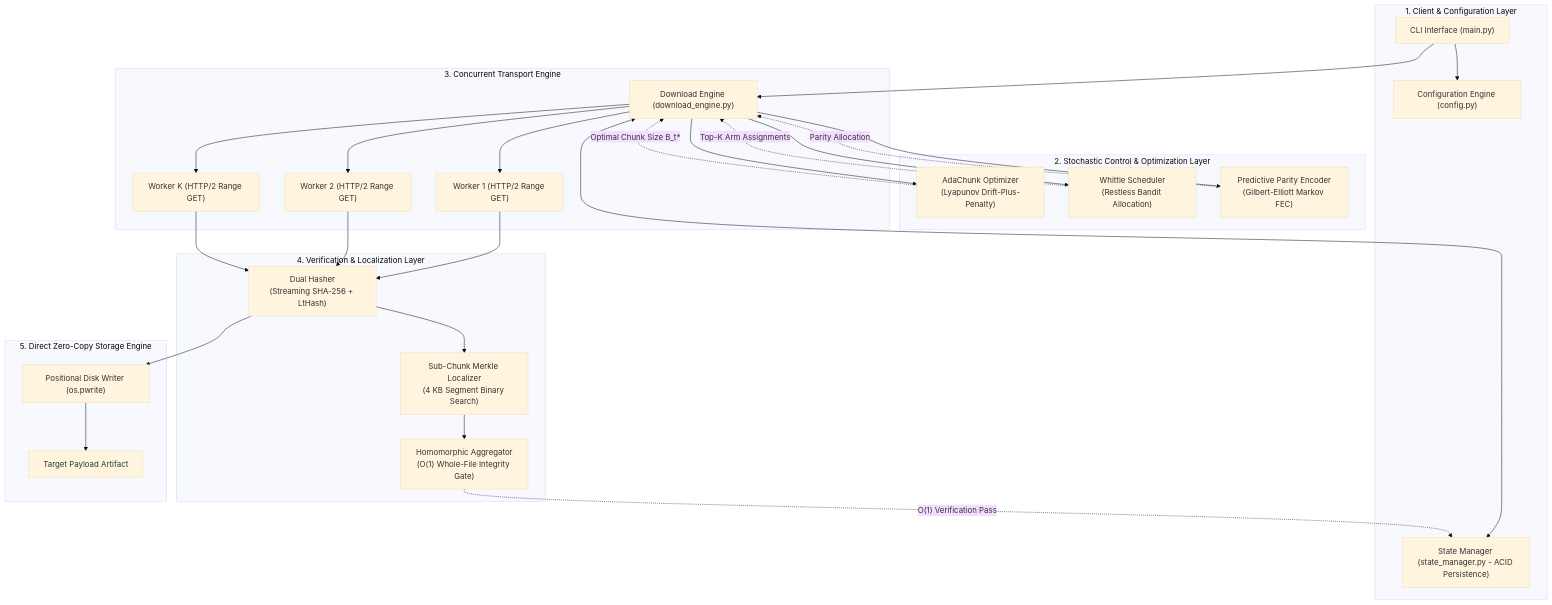
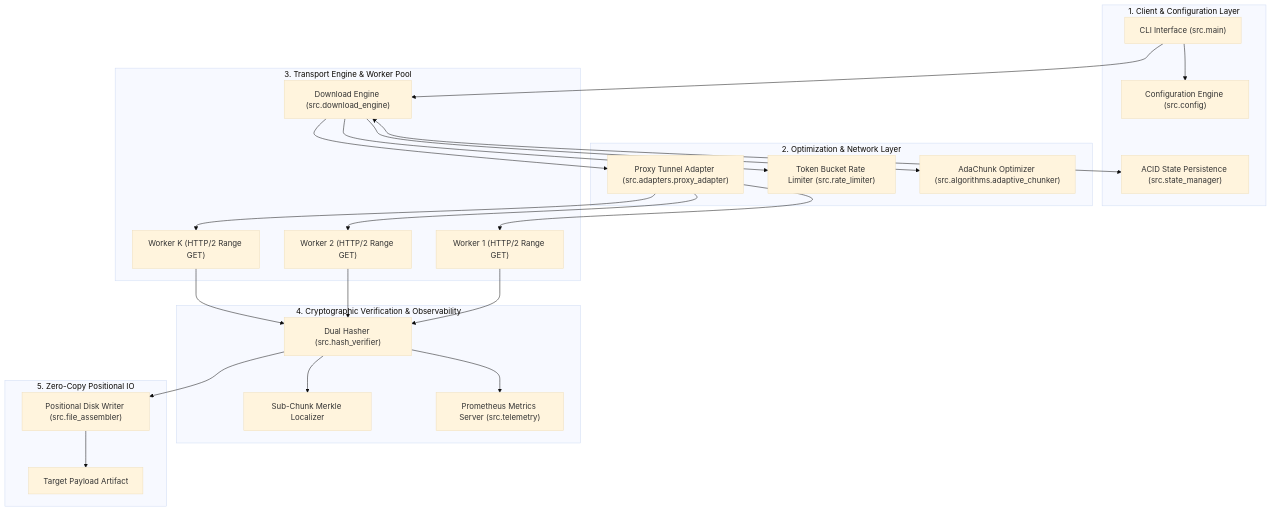
The diagram in README.md (PxA-Labs/ReliaDL), drawn with Mermaid (base theme) before and after one commit. The commit also changed other lines of this file, not shown here.

````diff
--- a/README.md
+++ b/README.md
@@ -103,49 +140,45 @@
 ```mermaid
 graph TB
     subgraph ClientLayer["1. Client & Configuration Layer"]
-        CLI["CLI Interface (main.py)"]
-        CONF["Configuration Engine (config.py)"]
-        SM["State Manager (state_manager.py - ACID Persistence)"]
+        CLI["CLI Interface (src.main)"]
+        CONF["Configuration Engine (src.config)"]
+        SM["ACID State Persistence (src.state_manager)"]
     end
 
-    subgraph ControlLayer["2. Stochastic Control & Optimization Layer"]
-        AC["AdaChunk Optimizer<br/>(Lyapunov Drift-Plus-Penalty)"]
-        WS["Whittle Scheduler<br/>(Restless Bandit Allocation)"]
-        PE["Predictive Parity Encoder<br/>(Gilbert-Elliott Markov FEC)"]
+    subgraph ControlLayer["2. Optimization & Network Layer"]
+        AC["AdaChunk Optimizer (src.algorithms.adaptive_chunker)"]
+        RL["Token Bucket Rate Limiter (src.rate_limiter)"]
+        PA["Proxy Tunnel Adapter (src.adapters.proxy_adapter)"]
     end
 
-    subgraph TransportLayer["3. Concurrent Transport Engine"]
-        DE["Download Engine (download_engine.py)"]
+    subgraph TransportLayer["3. Transport Engine & Worker Pool"]
+        DE["Download Engine (src.download_engine)"]
         W1["Worker 1 (HTTP/2 Range GET)"]
         W2["Worker 2 (HTTP/2 Range GET)"]
         WN["Worker K (HTTP/2 Range GET)"]
     end
 
-    subgraph VerificationLayer["4. Verification & Localization Layer"]
-        DH["Dual Hasher<br/>(Streaming SHA-256 + LtHash)"]
-        ML["Sub-Chunk Merkle Localizer<br/>(4 KB Segment Binary Search)"]
-        HH["Homomorphic Aggregator<br/>(O(1) Whole-File Integrity Gate)"]
+    subgraph SecurityLayer["4. Cryptographic Verification & Observability"]
+        DH["Dual Hasher (src.hash_verifier)"]
+        ML["Sub-Chunk Merkle Localizer"]
+        TEL["Prometheus Metrics Server (src.telemetry)"]
     end
 
-    subgraph StorageLayer["5. Direct Zero-Copy Storage Engine"]
-        FA["Positional Disk Writer (os.pwrite)"]
+    subgraph StorageLayer["5. Zero-Copy Positional IO"]
+        FA["Positional Disk Writer (src.file_assembler)"]
         OUT["Target Payload Artifact"]
     end
 
     CLI --> CONF
     CLI --> DE
     DE <--> SM
     DE --> AC
-    DE --> WS
-    AC -. "Optimal Chunk Size B_t*" .-> DE
-    WS -. "Top-K Arm Assignments" .-> DE
-    DE --> PE
-    PE -. "Parity Allocation" .-> DE
-    DE --> W1 & W2 & WN
+    DE --> RL
+    DE --> PA
+    PA --> W1 & W2 & WN
     W1 & W2 & WN --> DH
+    DH --> TEL
     DH --> ML
-    ML --> HH
     DH --> FA
     FA --> OUT
-    HH -. "O(1) Verification Pass" .-> SM
 ```
````
